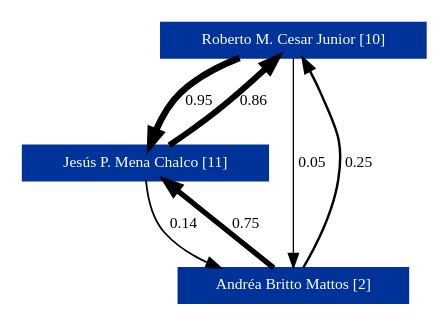
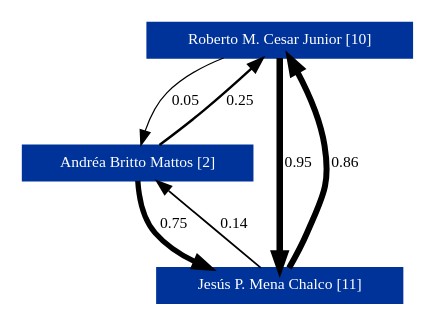
The diagram in exemplo/teste-01/grafoDeColaboracoesNormalizado.dot (charles-souza/tcc-script-lattes), drawn with Graphviz before and after one commit. The commit also changed 217 other files, not shown here.

```diff
--- a/exemplo/teste-01/grafoDeColaboracoesNormalizado.dot
+++ b/exemplo/teste-01/grafoDeColaboracoesNormalizado.dot
@@ -1,13 +1,13 @@
 strict digraph grafo3 {
-	graph [bb="0,0,202,146", id=grafo3, overlap=False];
+	graph [bb="0,0,210,146", id=grafo3, overlap=False];
 	node [label="\N", fontsize=8, shape=rectangle, style=filled];
-	0 [label="Roberto M. Cesar Junior [10]", URL="http://lattes.cnpq.br/2240951178648368", color="#003399", fontcolor="#FFFFFF", height="0.25", pos="134,137", width="1.8889"];
-	1 [label="Jesús P. Mena Chalco [11]", URL="http://lattes.cnpq.br/4727357182510680", color="#003399", fontcolor="#FFFFFF", height="0.25", pos="134,9", width="1.75"];
-	2 [label="Andréa Britto Mattos [2]", URL="http://lattes.cnpq.br/2837012019824386", color="#003399", fontcolor="#FFFFFF", height="0.25", pos="59,73", width="1.6389"];
-	0 -> 1 [arrowhead=normal, arrowsize="0.75", fontsize=8, label="0.95", lp="143.5,73", penwidth="3.35", pos="e,134,18.122 134,127.79 134,106.39 134,53.03 134,25.703"];
-	0 -> 2 [arrowhead=normal, arrowsize="0.75", fontsize=8, label="0.05", lp="83.5,105", penwidth="0.65", pos="e,60.72,82.279 102.21,127.93 92.161,123.79 81.686,117.98 74,110 68.678,104.47 65.154,96.809 62.868,89.889"];
-	2 -> 1 [arrowhead=normal, arrowsize="0.75", fontsize=8, label="0.75", lp="78.5,41", penwidth="2.75", pos="e,96.267,18.046 59.278,63.727 59.994,55.526 62.239,43.7 69,36 74.494,29.743 81.668,24.904 89.239,21.171"];
-	2 -> 0 [arrowhead=normal, arrowsize="0.75", fontsize=8, label="0.25", lp="113.5,105", penwidth="1.25", pos="e,124.05,127.7 70.791,82.068 77.403,87.226 85.752,93.862 93,100 101.46,107.16 110.64,115.4 118.17,122.29"];
-	1 -> 2 [arrowhead=normal, arrowsize="0.75", fontsize=8, label="0.14", lp="109.5,41", penwidth="0.92", pos="e,69.746,63.83 123.27,18.153 110.81,28.791 90.091,46.469 75.555,58.873"];
-	1 -> 0 [arrowhead=normal, arrowsize="0.75", fontsize=8, label="0.86", lp="166.5,73", penwidth="3.08", pos="e,139.86,127.77 139.54,18.32 145.46,28.94 154.34,47.026 157,64 160.15,84.122 151.29,106.32 143.66,120.89"];
+	0 [label="Roberto M. Cesar Junior [10]", URL="http://lattes.cnpq.br/2240951178648368", color="#003399", fontcolor="#FFFFFF", height="0.25", pos="142,137", width="1.8889"];
+	2 [label="Andréa Britto Mattos [2]", URL="http://lattes.cnpq.br/2837012019824386", color="#003399", fontcolor="#FFFFFF", height="0.25", pos="142,9", width="1.6389"];
+	1 [label="Jesús P. Mena Chalco [11]", URL="http://lattes.cnpq.br/4727357182510680", color="#003399", fontcolor="#FFFFFF", height="0.25", pos="63,73", width="1.75"];
+	0 -> 2 [arrowhead=normal, arrowsize="0.75", fontsize=8, label="0.05", lp="151.5,73", penwidth="0.65", pos="e,142,18.122 142,127.79 142,106.39 142,53.03 142,25.703"];
+	0 -> 1 [arrowhead=normal, arrowsize="0.75", fontsize=8, label="0.95", lp="90.5,105", penwidth="3.35", pos="e,65.525,82.304 110.62,127.97 100.24,123.8 89.252,117.96 81,110 75.185,104.39 70.995,96.517 68.129,89.474"];
+	1 -> 0 [arrowhead=normal, arrowsize="0.75", fontsize=8, label="0.86", lp="120.5,105", penwidth="3.08", pos="e,132.21,127.92 76.233,82.21 83.389,87.301 92.31,93.828 100,100 109.06,107.27 118.81,115.82 126.64,122.86"];
+	1 -> 2 [arrowhead=normal, arrowsize="0.75", fontsize=8, label="0.14", lp="90.5,41", penwidth="0.92", pos="e,110.62,18.028 65.525,63.696 68.177,55.475 73.082,43.637 81,36 87.318,29.906 95.242,25.053 103.27,21.242"];
+	2 -> 0 [arrowhead=normal, arrowsize="0.75", fontsize=8, label="0.25", lp="174.5,73", penwidth="1.25", pos="e,147.54,127.68 147.86,18.234 155.83,31.88 168.7,58.371 165,82 162.84,95.791 156.57,110.32 151.12,120.98"];
+	2 -> 1 [arrowhead=normal, arrowsize="0.75", fontsize=8, label="0.75", lp="120.5,41", penwidth="2.75", pos="e,76.233,63.79 132.21,18.085 123.83,25.742 111.37,36.877 100,46 94.473,50.436 88.309,55.056 82.623,59.194"];
 }
```
